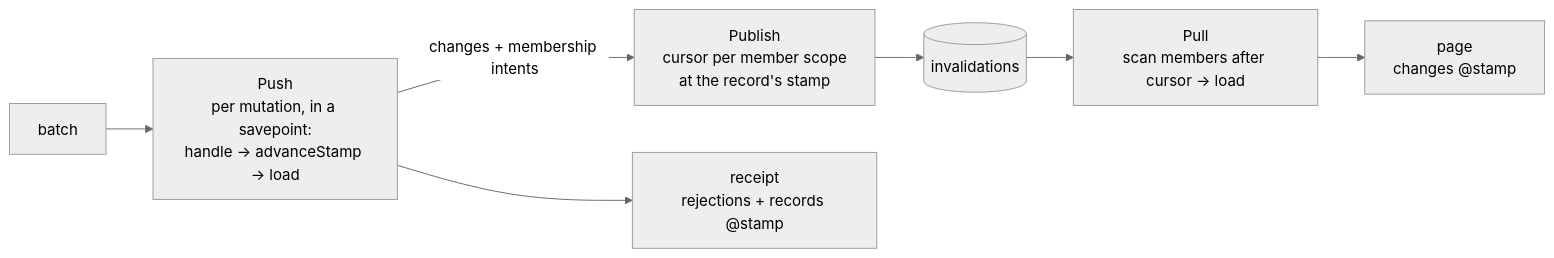
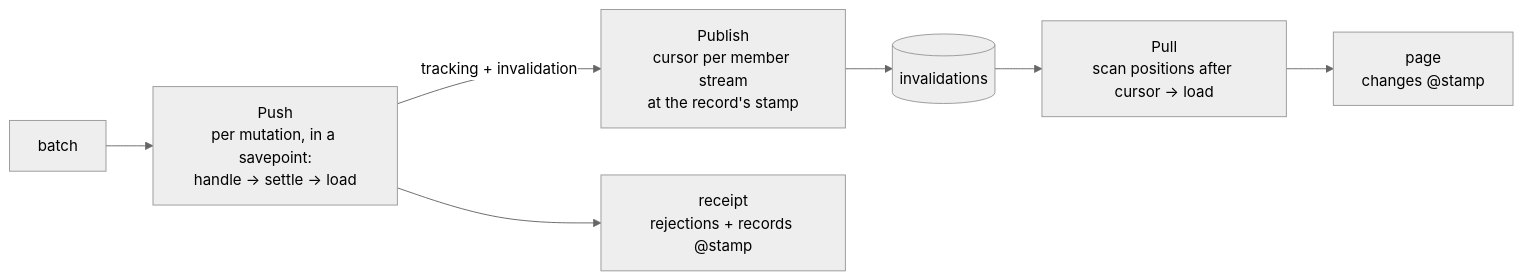
Before and after one commit to steve-z-wang/otter-sync: the diagram in docs/engineering/architecture/server/engine/README.md, drawn with Mermaid (neutral theme). The commit also changed other lines of this file and 295 other files, not shown here.

Commit message:
feat: replace delivery scopes and tags with Stream tracking (#227)

````diff
--- a/docs/engineering/architecture/server/engine/README.md
+++ b/docs/engineering/architecture/server/engine/README.md
@@ -13,9 +13,9 @@
 ```mermaid
 flowchart LR
-    B["batch"] --> H["Push<br/>per mutation, in a savepoint:<br/>handle → advanceStamp → load"]
-    H -- "changes + membership intents" --> N["Publish<br/>cursor per member scope<br/>at the record's stamp"]
+    B["batch"] --> H["Push<br/>per mutation, in a savepoint:<br/>handle → settle → load"]
+    H -- "tracking + invalidation" --> N["Publish<br/>cursor per member stream<br/>at the record's stamp"]
     H --> R["receipt<br/>rejections + records @stamp"]
     N --> I[("invalidations")]
-    I --> L["Pull<br/>scan members after cursor → load"]
+    I --> L["Pull<br/>scan positions after cursor → load"]
     L --> PG["page<br/>changes @stamp"]
 ```
````
